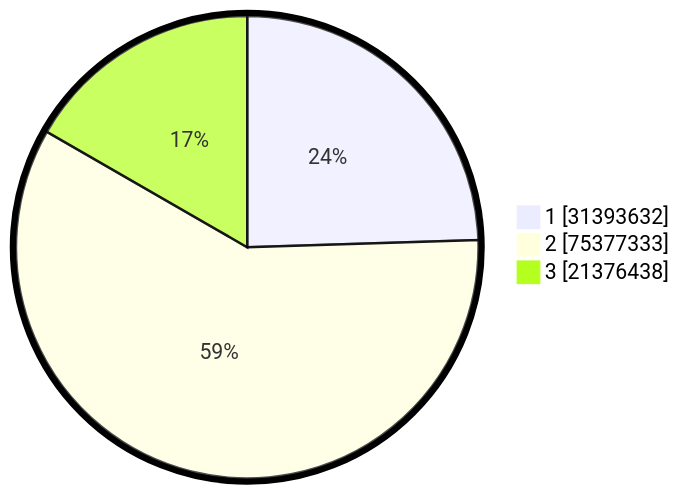
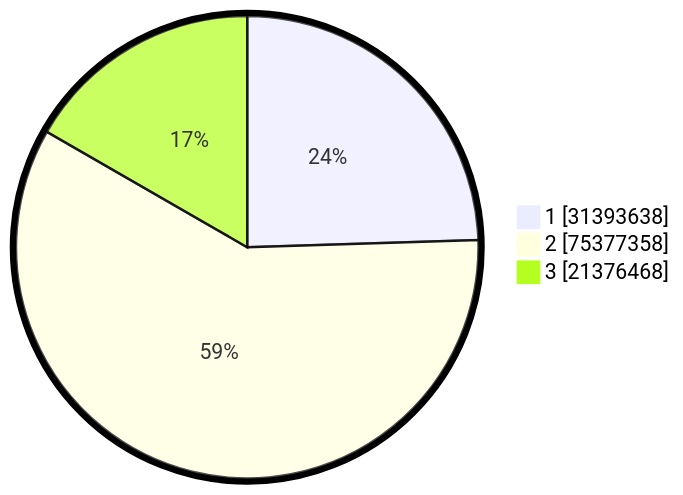
One commit to gigit-pemilu/pemilu-2024 changed the second of 2 diagrams in pilpres/hitung-suara/README.md. Above: the diagram before and after it, drawn with Mermaid. The commit also changed other lines of this file and 5 other files, not shown here.

````diff
--- a/pilpres/hitung-suara/README.md
+++ b/pilpres/hitung-suara/README.md
@@ -93,7 +93,7 @@
 ```mermaid
 %%{init: {"pie": {"textPosition": 0.5}, "themeVariables": {"pieOuterStrokeWidth": "5px"}} }%%
 pie showData
-    "1" : 31393632
-    "2" : 75377333
-    "3" : 21376438
+    "1" : 31393638
+    "2" : 75377358
+    "3" : 21376468
 ```
````
